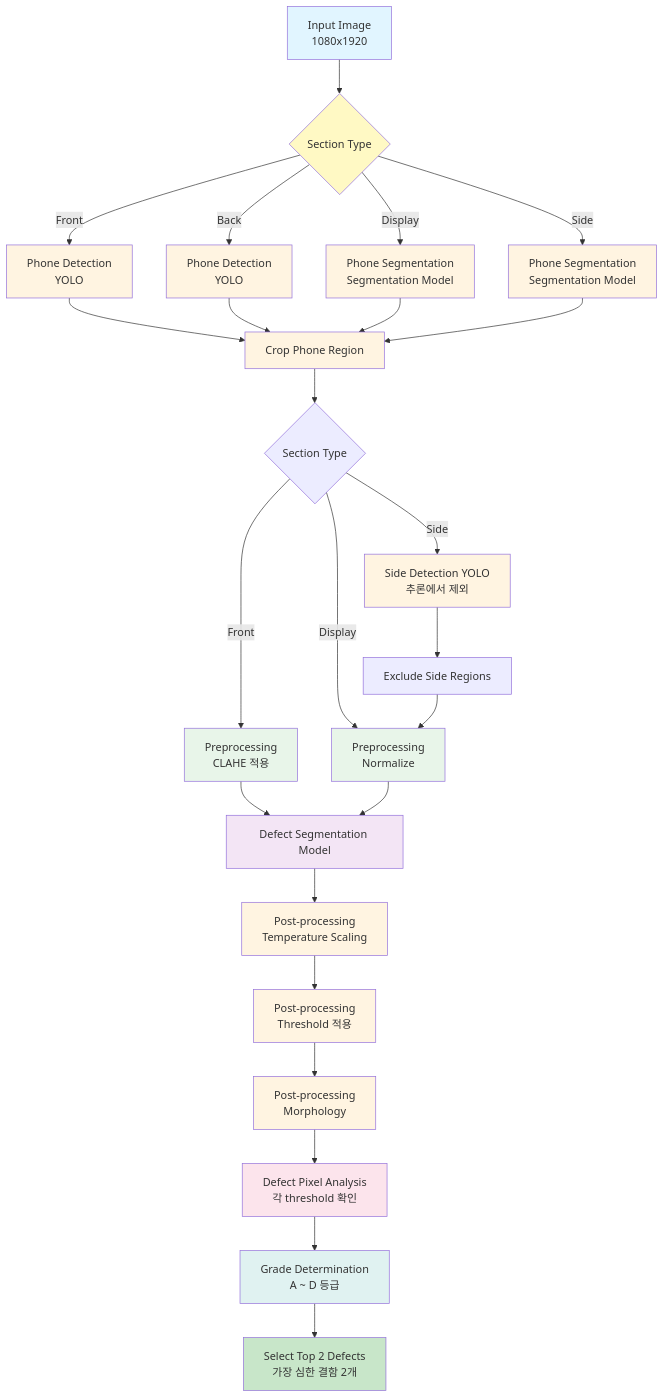
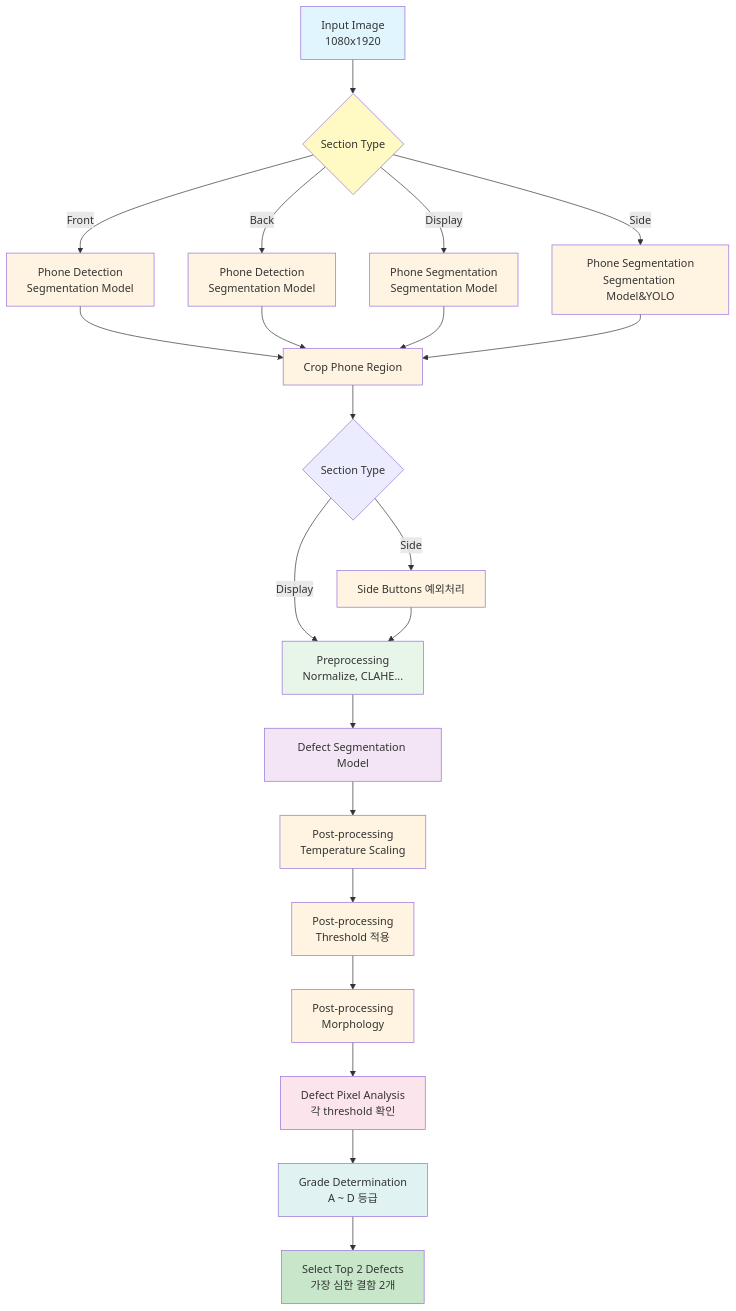
One commit to yong-again/portfolio changed the first of 4 diagrams in phone_detect/docs/pipeline_diagram.md. Above: the diagram before and after it, drawn with Mermaid. The commit also changed 1 other file, not shown here.

Commit message:
[EDIT] README.md

````diff
--- a/phone_detect/docs/pipeline_diagram.md
+++ b/phone_detect/docs/pipeline_diagram.md
@@ -5,48 +5,43 @@
 ```mermaid
 graph TD
     A[Input Image<br/>1080x1920] --> B{Section Type}
-    B -->|Front| C[Phone Detection<br/>YOLO]
-    B -->|Back| D[Phone Detection<br/>YOLO]
+    B -->|Front| C[Phone Detection<br/>Segmentation Model]
+    B -->|Back| D[Phone Detection<br/>Segmentation Model]
     B -->|Display| E[Phone Segmentation<br/>Segmentation Model]
-    B -->|Side| F[Phone Segmentation<br/>Segmentation Model]
+    B -->|Side| F[Phone Segmentation<br/>Segmentation Model&YOLO]
     
     C --> G[Crop Phone Region]
     D --> G
     E --> G
     F --> G
     
     G --> H{Section Type}
-    H -->|Front| I[Preprocessing<br/>CLAHE 적용]
-    H -->|Display| J[Preprocessing<br/>Normalize]
-    H -->|Side| K[Side Detection YOLO<br/>추론에서 제외]
-    
-    K --> L[Exclude Side Regions]
-    L --> J
+    H -->|Display| I[Preprocessing<br/>Normalize, CLAHE...]
+    H -->|Side| K[Side Buttons 예외처리]
+    K --> I
     I --> M[Defect Segmentation Model]
-    J --> M
     
     M --> N[Post-processing<br/>Temperature Scaling]
     N --> O[Post-processing<br/>Threshold 적용]
     O --> P[Post-processing<br/>Morphology]
     P --> Q[Defect Pixel Analysis<br/>각 threshold 확인]
     Q --> R[Grade Determination<br/>A ~ D 등급]
     R --> S[Select Top 2 Defects<br/>가장 심한 결함 2개]
     
     style A fill:#e1f5ff
     style B fill:#fff9c4
     style C fill:#fff4e1
     style D fill:#fff4e1
     style E fill:#fff4e1
     style F fill:#fff4e1
     style G fill:#fff4e1
     style I fill:#e8f5e9
-    style J fill:#e8f5e9
     style K fill:#fff4e1
     style M fill:#f3e5f5
     style N fill:#fff4e1
     style O fill:#fff4e1
     style P fill:#fff4e1
     style Q fill:#fce4ec
     style R fill:#e0f2f1
     style S fill:#c8e6c9
 ```
````
